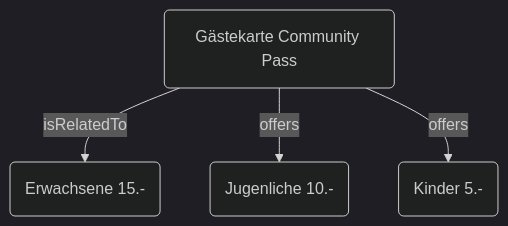
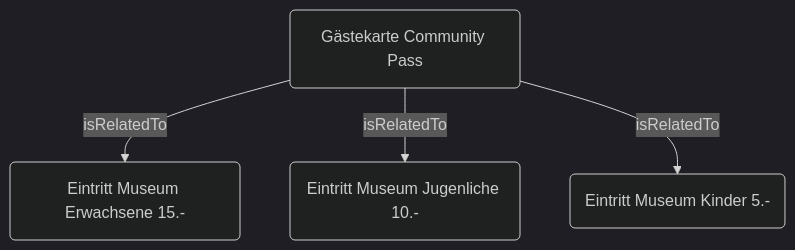
One commit to contentdesk/docs.contentdesk.io changed the second of 2 diagrams in docs/schemaArchiv/isRelatedTo.md. Above: the diagram before and after it, drawn with Mermaid (dark theme). The commit also changed other lines of this file, not shown here.

Commit message:
Fix relationships in isRelatedTo schema documentation; update examples to reflect correct offers

````diff
--- a/docs/schemaArchiv/isRelatedTo.md
+++ b/docs/schemaArchiv/isRelatedTo.md
@@ -23,6 +24,6 @@
 ``` mermaid
 graph TB
-  Product("Gästekarte "Community Pass"") --> |isRelatedTo| Offer1("Erwachsene 15.-")
-  Product --> |offers| Offer2("Jugenliche 10.-")
-  Product --> |offers| Offer3("Kinder 5.-")
+  Product("Gästekarte "Community Pass"") --> |isRelatedTo| Offer1("Eintritt Museum Erwachsene 15.-")
+  Product --> |isRelatedTo| Offer2("Eintritt Museum Jugenliche 10.-")
+  Product --> |isRelatedTo| Offer3("Eintritt Museum Kinder 5.-")
 ```
````
